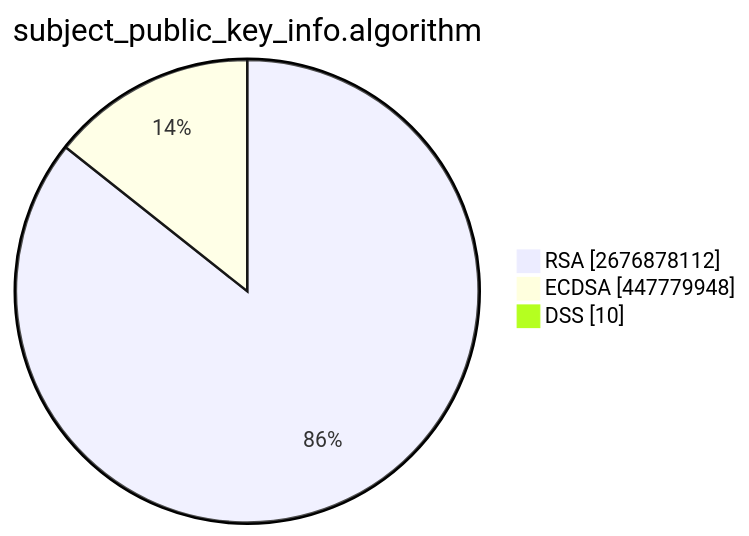
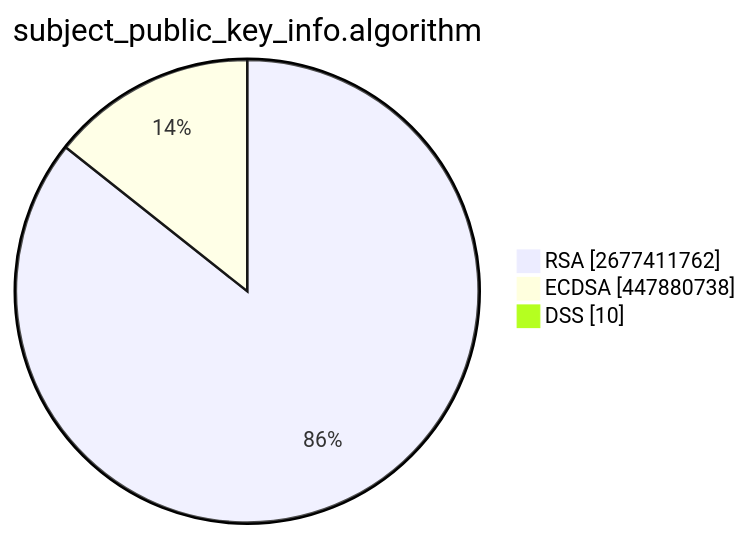
One commit to christiankrug/ctmonitor_visualization changed the second of 15 diagrams in TOTAL/README.md. Above: the diagram before and after it, drawn with Mermaid. The commit also changed other lines of this file, not shown here.

````diff
--- a/TOTAL/README.md
+++ b/TOTAL/README.md
@@ -6,7 +6,7 @@
 ```mermaid
 pie showData
 title subject_public_key_info.algorithm
-"RSA" :2676878112
-"ECDSA" :447779948
+"RSA" :2677411762
+"ECDSA" :447880738
 "DSS" :10
 ```
````
